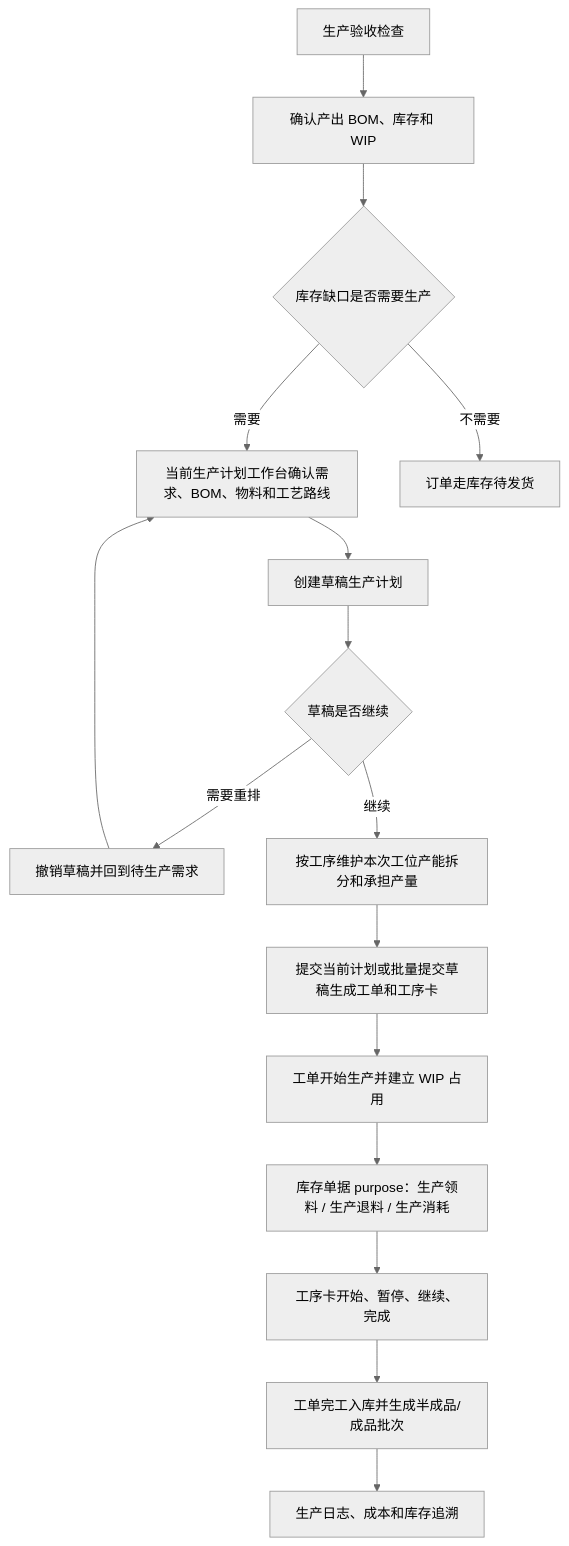
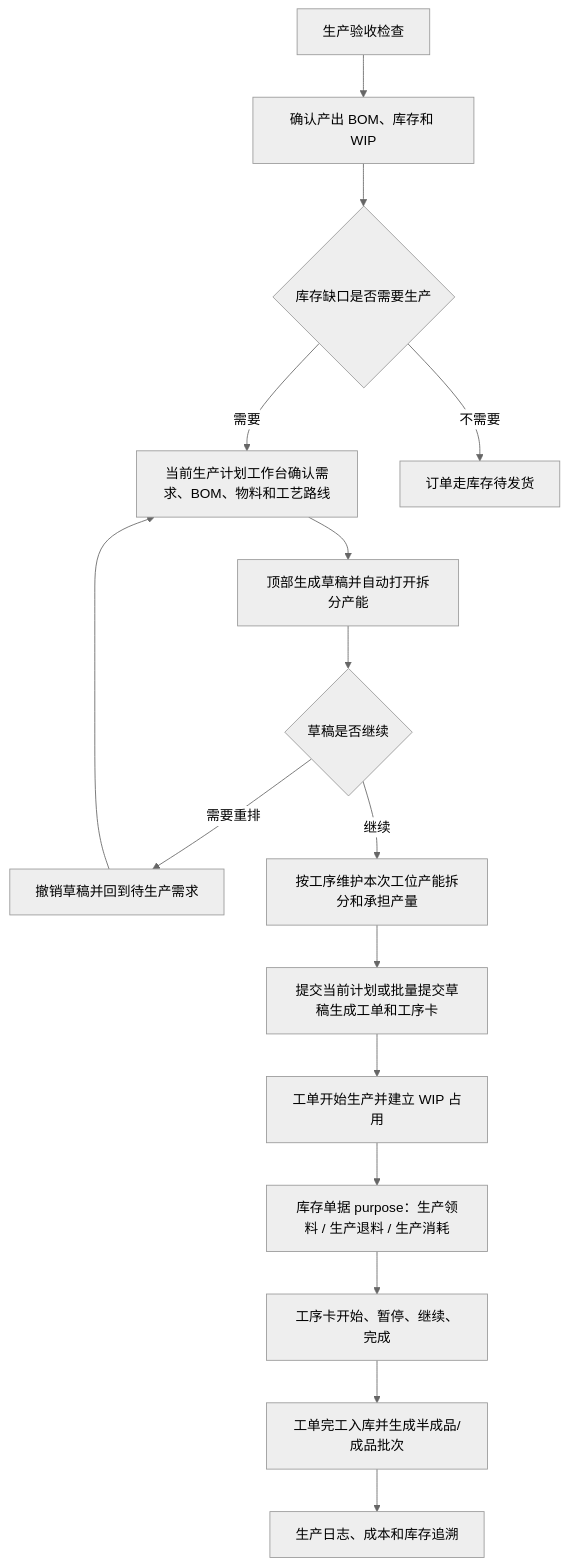
One commit to Backstage2539/KFerp changed the diagram in orderapp-remote/docs/OP_MANUAL_PRODUCTION.md. Above: the diagram before and after it, drawn with Mermaid (neutral theme). The commit also changed other lines of this file and 15 other files, not shown here.

Commit message:
feat(production): streamline draft planning flow

````diff
--- a/orderapp-remote/docs/OP_MANUAL_PRODUCTION.md
+++ b/orderapp-remote/docs/OP_MANUAL_PRODUCTION.md
@@ -24,18 +26,18 @@
 ```mermaid
 flowchart TD
   A["生产验收检查"] --> B["确认产出 BOM、库存和 WIP"]
   B --> C{"库存缺口是否需要生产"}
   C -->|需要| D["当前生产计划工作台确认需求、BOM、物料和工艺路线"]
   C -->|不需要| E["订单走库存待发货"]
-  D --> F["创建草稿生产计划"]
+  D --> F["顶部生成草稿并自动打开拆分产能"]
   F --> N{"草稿是否继续"}
   N -->|需要重排| O["撤销草稿并回到待生产需求"]
   O --> D
   N -->|继续| M["按工序维护本次工位产能拆分和承担产量"]
   M --> J["提交当前计划或批量提交草稿生成工单和工序卡"]
   J --> I["工单开始生产并建立 WIP 占用"]
   I --> K["库存单据 purpose：生产领料 / 生产退料 / 生产消耗"]
   K --> L["工序卡开始、暂停、继续、完成"]
   L --> G["工单完工入库并生成半成品/成品批次"]
   G --> H["生产日志、成本和库存追溯"]
 ```
````
